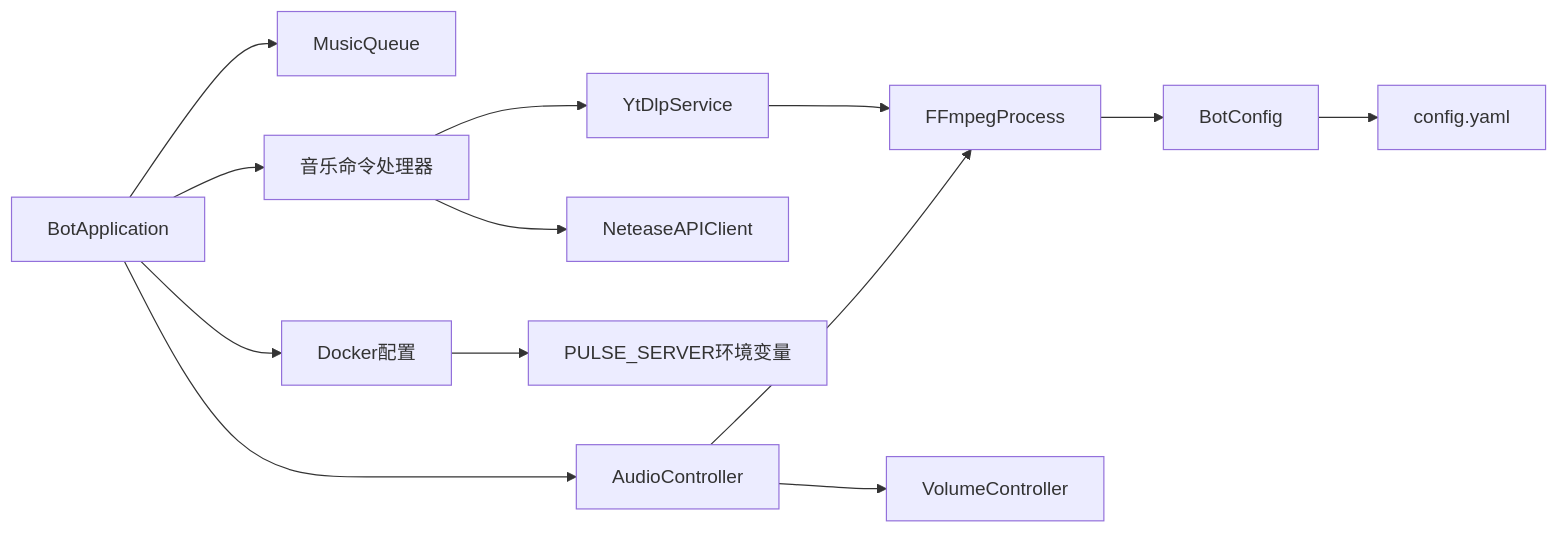
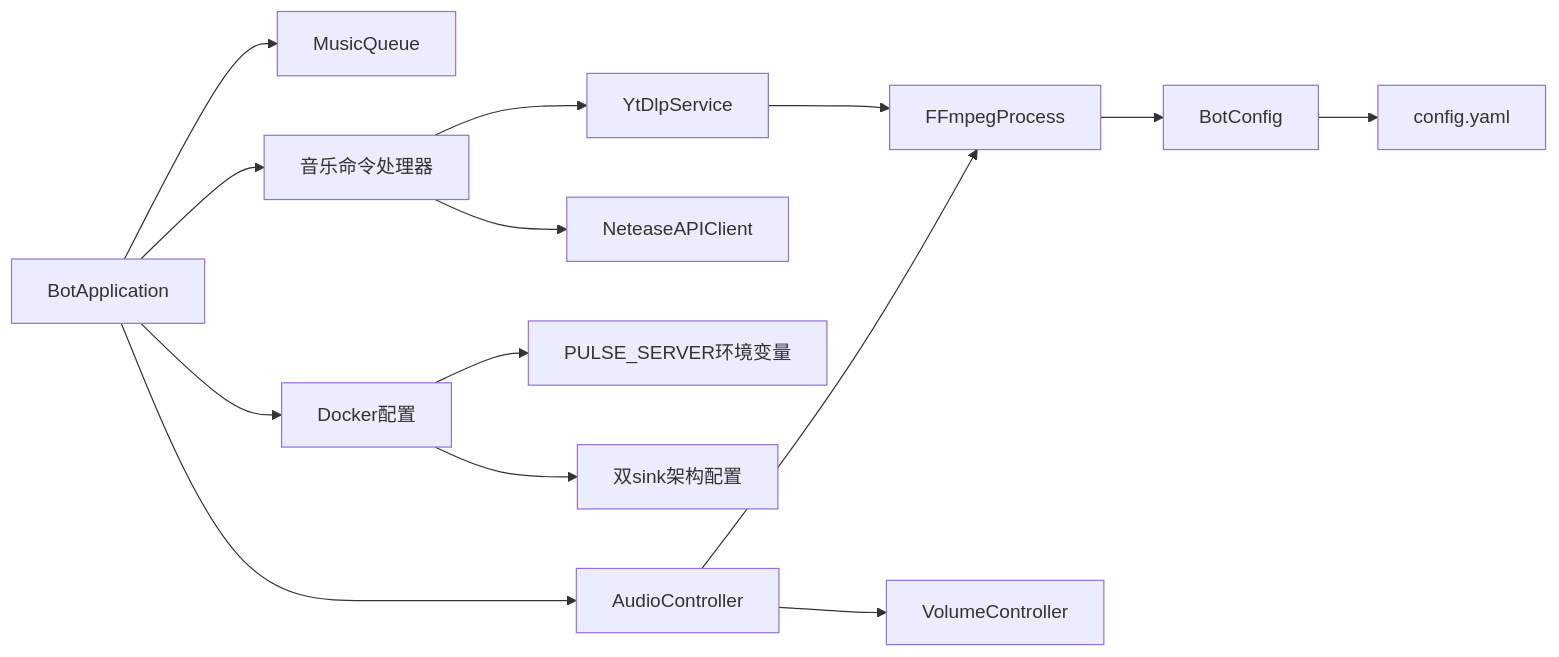
One commit to GhoulOwl/Teamspeak3_Bot changed the seventh of 7 diagrams in .qoder/repowiki/zh/content/音乐播放系统/FFmpeg集成.md. Above: the diagram before and after it, drawn with Mermaid. The commit also changed other lines of this file and 13 other files, not shown here.

````diff
--- a/.qoder/repowiki/zh/content/音乐播放系统/FFmpeg集成.md
+++ b/.qoder/repowiki/zh/content/音乐播放系统/FFmpeg集成.md
@@ -519,15 +506,16 @@
 ```mermaid
 graph LR
 AC["AudioController"] --> FF["FFmpegProcess"]
 AC --> VC["VolumeController"]
 APP["BotApplication"] --> AC
 APP --> MQ["MusicQueue"]
 APP --> CMD["音乐命令处理器"]
 CMD --> NC["NeteaseAPIClient"]
 FF --> CFG["BotConfig"]
 CFG --> YAML["config.yaml"]
 APP --> DC["Docker配置"]
 DC --> ENV["PULSE_SERVER环境变量"]
+DC --> PA["双sink架构配置"]
 CMD --> YT["YtDlpService"]
 YT --> FF
 ```
````
